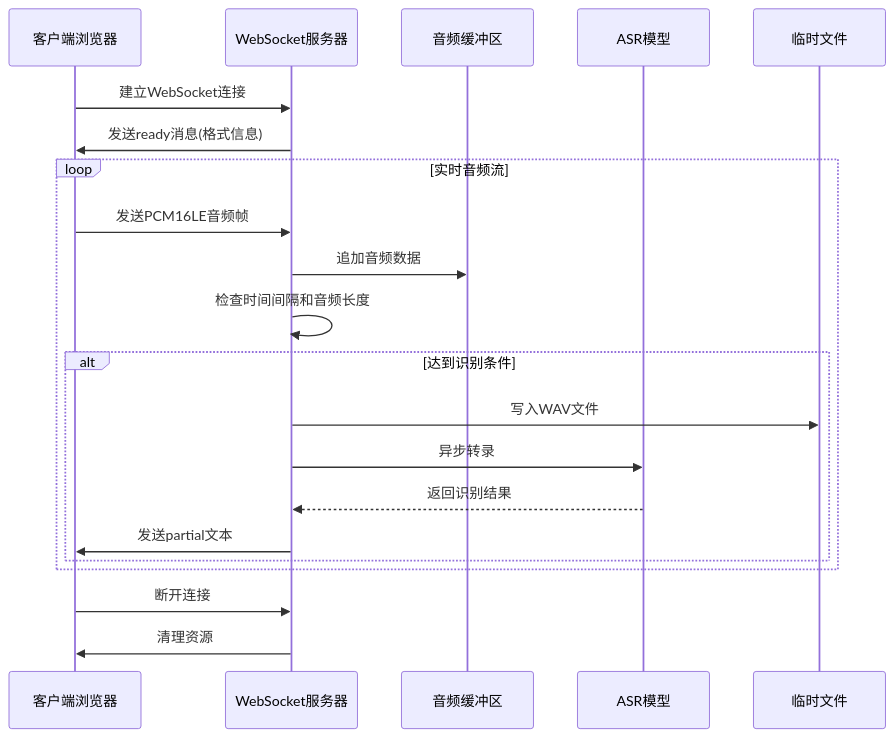
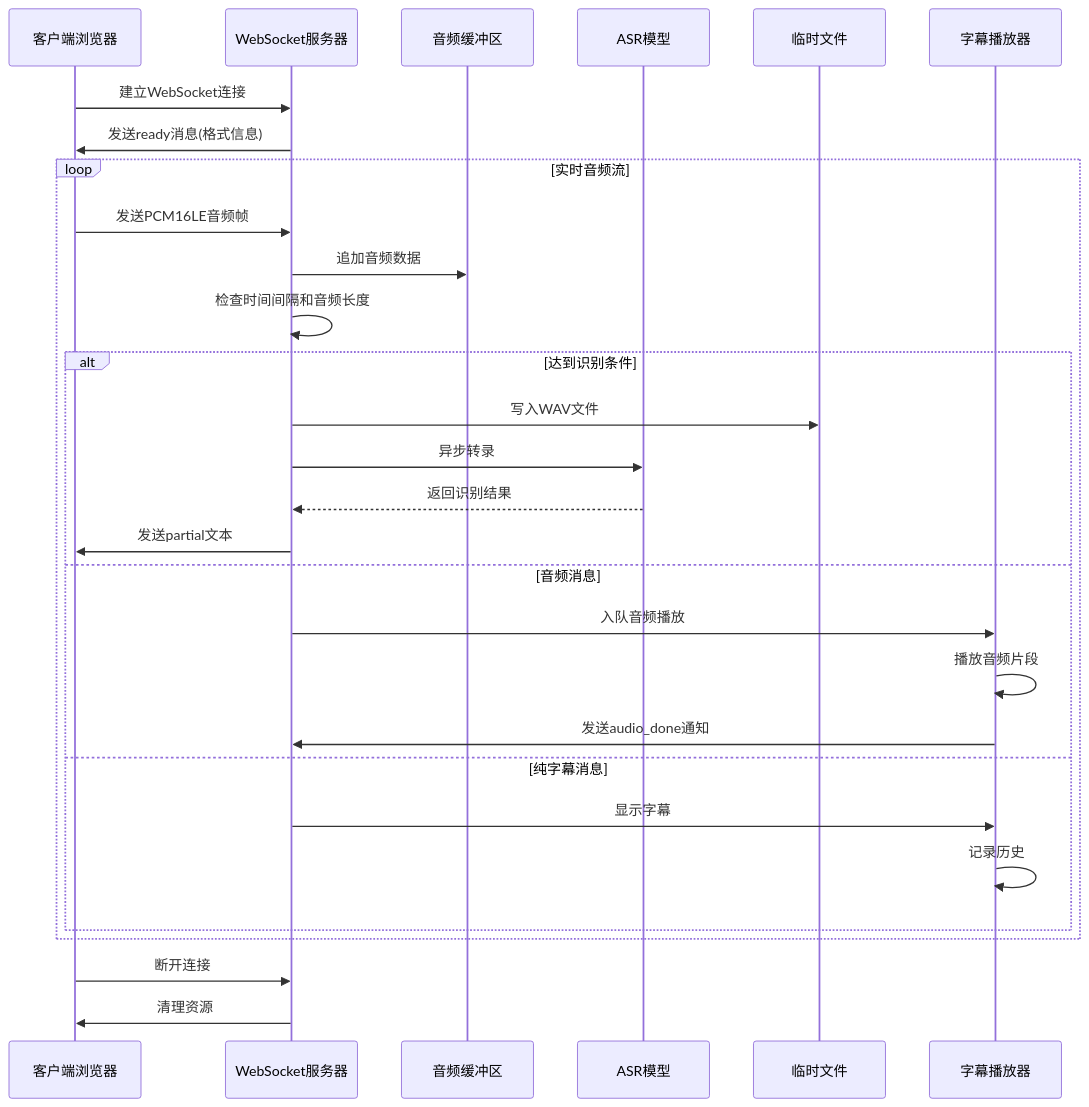
Before and after one commit to 1024dashen/Vue3Speech: the second of 13 diagrams in .qoder/repowiki/zh/content/后端服务架构/WebSocket实时处理.md, drawn with Mermaid. The commit also changed other lines of this file and 7 other files, not shown here.

````diff
--- a/.qoder/repowiki/zh/content/后端服务架构/WebSocket实时处理.md
+++ b/.qoder/repowiki/zh/content/后端服务架构/WebSocket实时处理.md
@@ -136,23 +173,31 @@
 ```mermaid
 sequenceDiagram
 participant Client as 客户端浏览器
 participant WS as WebSocket服务器
 participant Buffer as 音频缓冲区
 participant ASR as ASR模型
 participant Temp as 临时文件
+participant Player as 字幕播放器
 Client->>WS : 建立WebSocket连接
 WS->>Client : 发送ready消息(格式信息)
 loop 实时音频流
 Client->>WS : 发送PCM16LE音频帧
 WS->>Buffer : 追加音频数据
 WS->>WS : 检查时间间隔和音频长度
 alt 达到识别条件
 WS->>Temp : 写入WAV文件
 WS->>ASR : 异步转录
 ASR-->>WS : 返回识别结果
 WS->>Client : 发送partial文本
+else 音频消息
+WS->>Player : 入队音频播放
+Player->>Player : 播放音频片段
+Player->>WS : 发送audio_done通知
+else 纯字幕消息
+WS->>Player : 显示字幕
+Player->>Player : 记录历史
 end
 end
 Client->>WS : 断开连接
 WS->>Client : 清理资源
 ```
````
